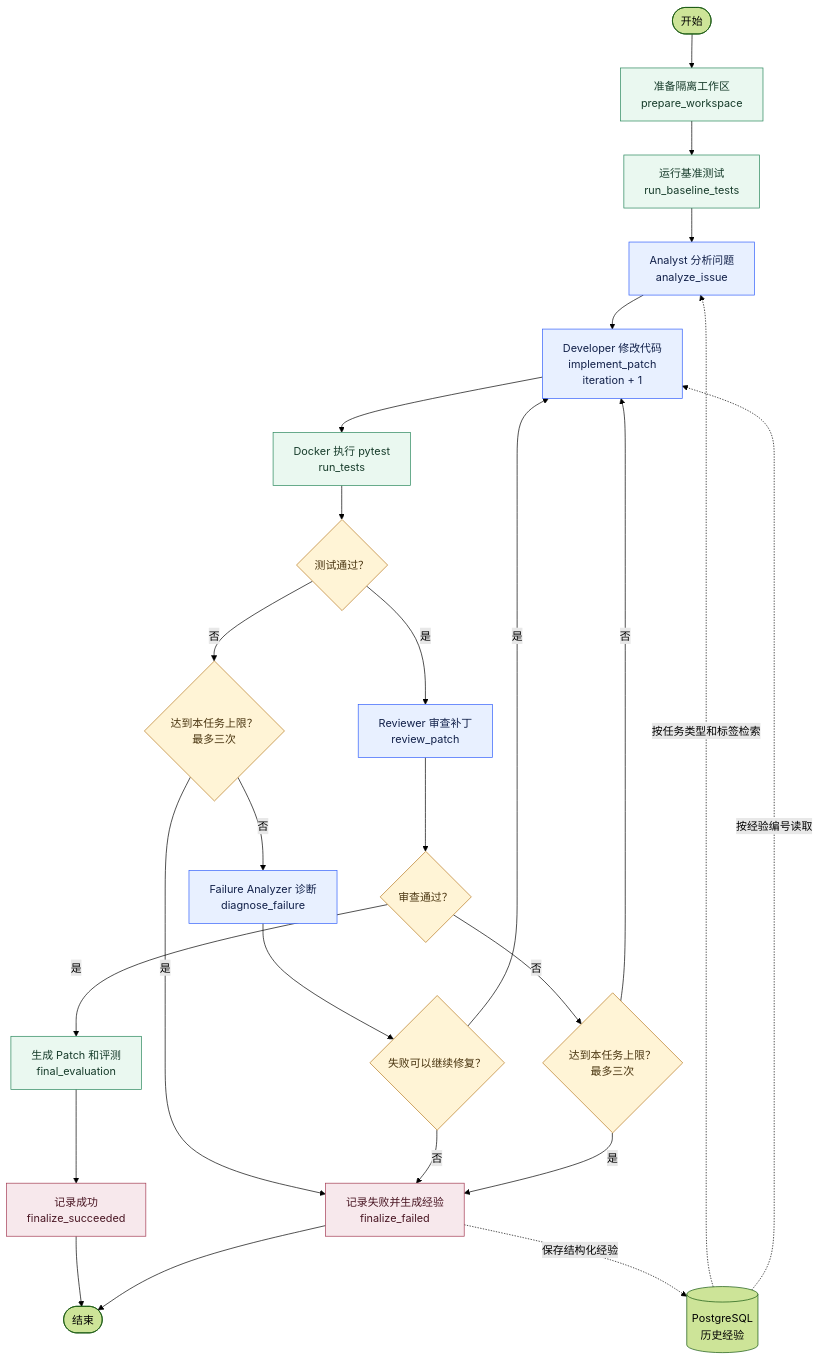
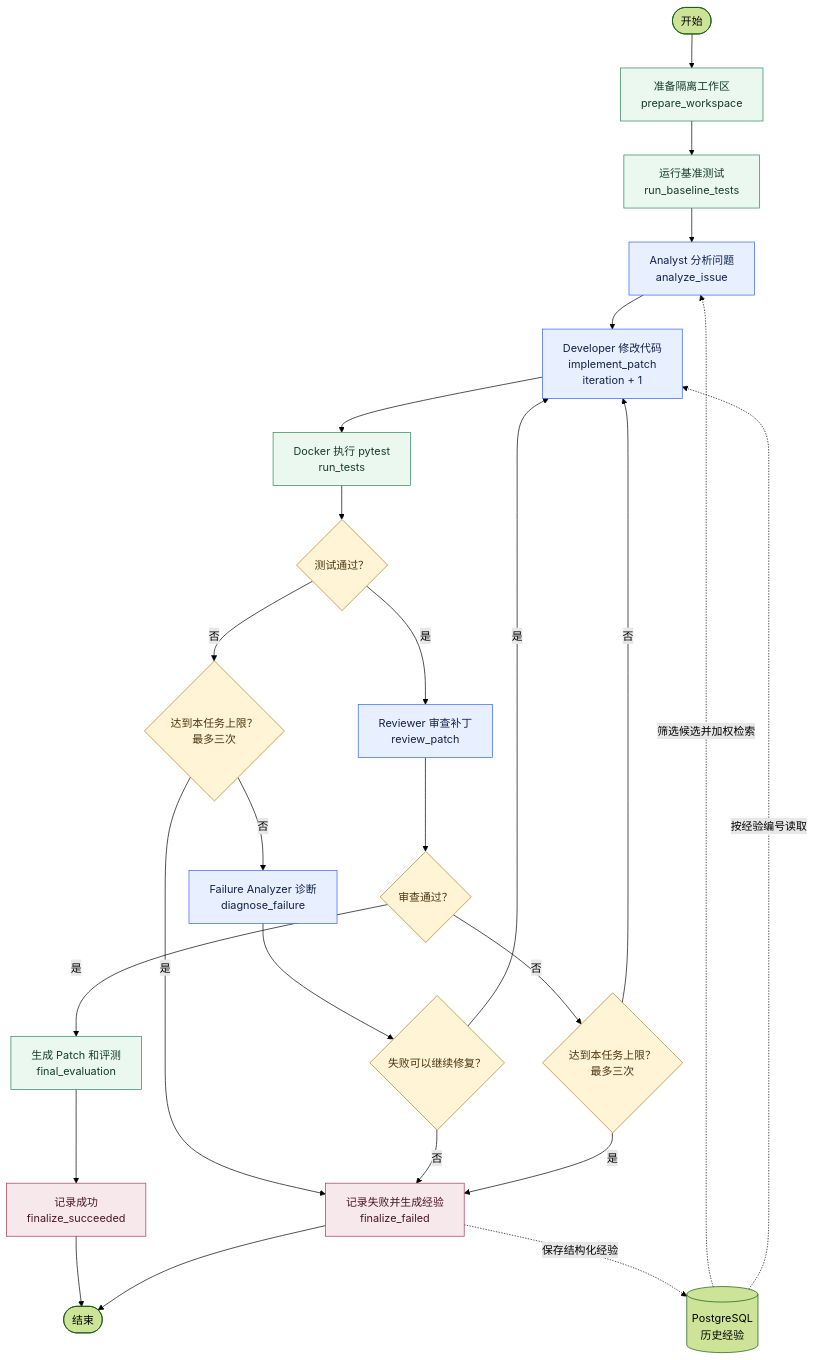
The third of 5 diagrams in docs/02-系统架构设计.md (chengyu798/EvoDev), drawn with Mermaid (forest theme) before and after one commit. The commit also changed other lines of this file and 24 other files, not shown here.

````diff
--- a/docs/02-系统架构设计.md
+++ b/docs/02-系统架构设计.md
@@ -252,40 +252,40 @@
 ```mermaid
 flowchart TD
     START([开始]) --> PREPARE[准备隔离工作区<br/>prepare_workspace]
     PREPARE --> BASELINE[运行基准测试<br/>run_baseline_tests]
     BASELINE --> ANALYST[Analyst 分析问题<br/>analyze_issue]
-    EXPERIENCE_DB[(PostgreSQL<br/>历史经验)] -.按任务类型和标签检索.-> ANALYST
+    EXPERIENCE_DB[(PostgreSQL<br/>历史经验)] -.筛选候选并加权检索.-> ANALYST
     ANALYST --> DEVELOPER[Developer 修改代码<br/>implement_patch<br/>iteration + 1]
     EXPERIENCE_DB -.按经验编号读取.-> DEVELOPER
     DEVELOPER --> TEST[Docker 执行 pytest<br/>run_tests]
 
     TEST --> TEST_PASS{测试通过？}
     TEST_PASS -->|是| REVIEWER[Reviewer 审查补丁<br/>review_patch]
     TEST_PASS -->|否| TEST_LIMIT{达到本任务上限？<br/>最多三次}
     TEST_LIMIT -->|是| FAILED[记录失败并生成经验<br/>finalize_failed]
     TEST_LIMIT -->|否| FAILURE_ANALYZER[Failure Analyzer 诊断<br/>diagnose_failure]
 
     FAILURE_ANALYZER --> RETRYABLE{失败可以继续修复？}
     RETRYABLE -->|是| DEVELOPER
     RETRYABLE -->|否| FAILED
 
     REVIEWER --> REVIEW_PASS{审查通过？}
     REVIEW_PASS -->|是| EVALUATION[生成 Patch 和评测<br/>final_evaluation]
     REVIEW_PASS -->|否| REVIEW_LIMIT{达到本任务上限？<br/>最多三次}
     REVIEW_LIMIT -->|否| DEVELOPER
     REVIEW_LIMIT -->|是| FAILED
 
     EVALUATION --> SUCCEEDED[记录成功<br/>finalize_succeeded]
     SUCCEEDED --> END([结束])
     FAILED -.保存结构化经验.-> EXPERIENCE_DB
     FAILED --> END
 
     classDef agent fill:#E8F0FF,stroke:#315EFB,color:#12214A;
     classDef deterministic fill:#EAF8F0,stroke:#27865A,color:#173C2B;
     classDef decision fill:#FFF4D6,stroke:#B7791F,color:#4A3510;
     classDef terminal fill:#F7E8EC,stroke:#A33A52,color:#4A1724;
     class ANALYST,DEVELOPER,FAILURE_ANALYZER,REVIEWER agent;
     class PREPARE,BASELINE,TEST,EVALUATION deterministic;
     class TEST_PASS,TEST_LIMIT,RETRYABLE,REVIEW_PASS,REVIEW_LIMIT decision;
     class FAILED,SUCCEEDED terminal;
 ```
````
